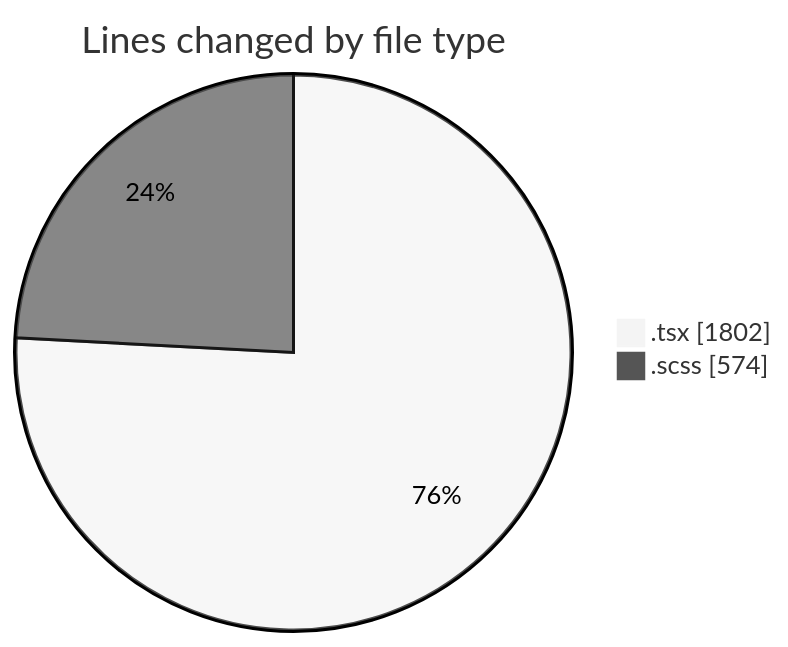
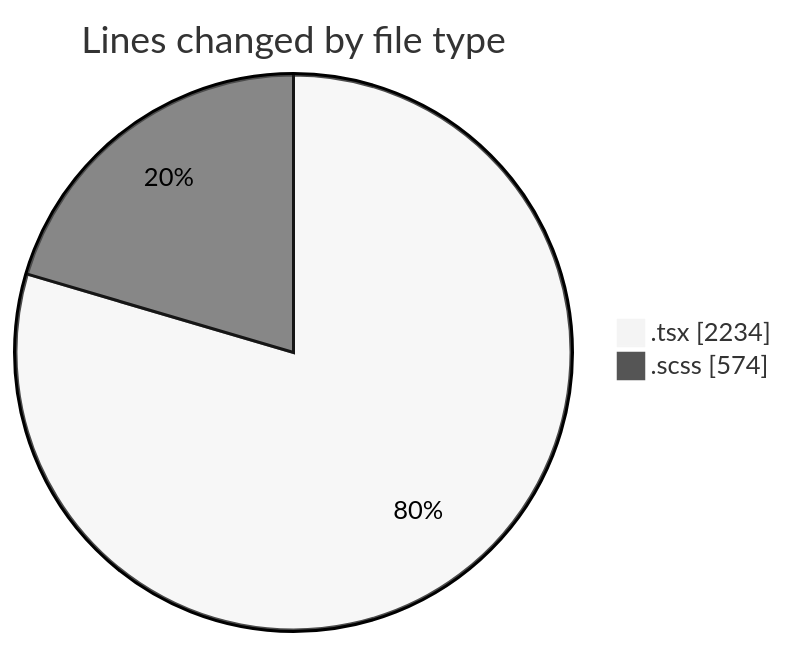
The first of 2 diagrams in 2025-10-03/cda/README.md (momahboobian/code-tracking), drawn with Mermaid (neutral theme) before and after one commit. The commit also changed other lines of this file and 1 other file, not shown here.

````diff
--- a/2025-10-03/cda/README.md
+++ b/2025-10-03/cda/README.md
@@ -24,6 +25,6 @@
 ```mermaid
 pie showData
 title Lines changed by file type
-".tsx" : 1802
+".tsx" : 2234
 ".scss" : 574
 ```
````
